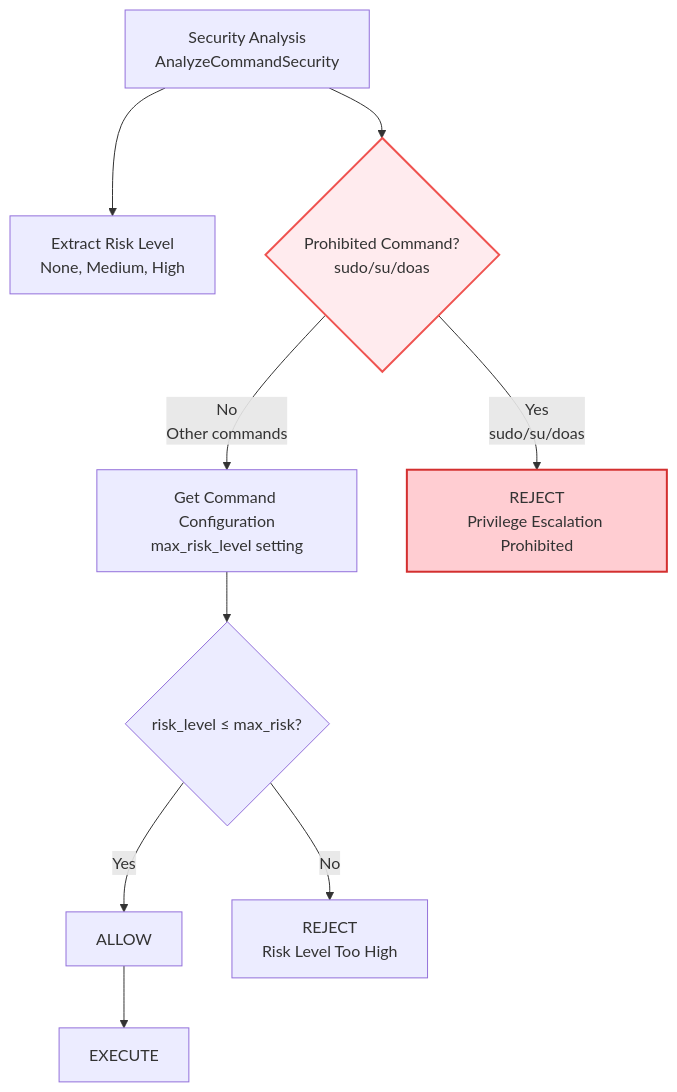
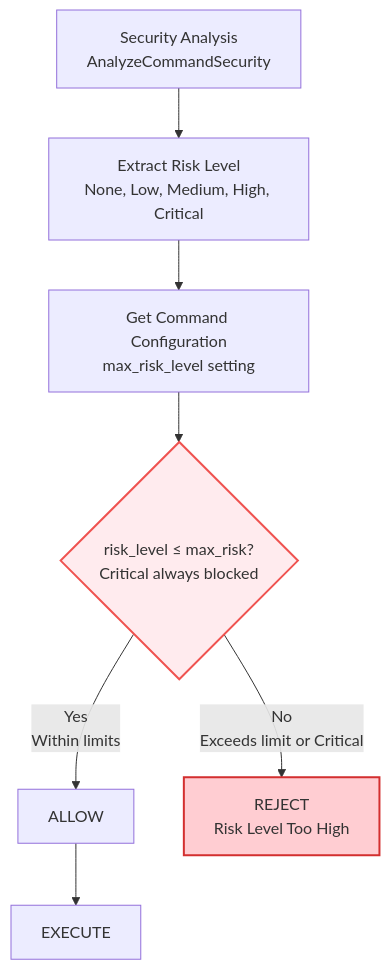
The third of 5 diagrams in docs/tasks/0018_risk_based_command_control/02_architecture.md (isseis/go-safe-cmd-runner), drawn with Mermaid before and after one commit. The commit also changed other lines of this file and 8 other files, not shown here.

First line of the commit message:
Implement unified risk-based command control approach

````diff
--- a/docs/tasks/0018_risk_based_command_control/02_architecture.md
+++ b/docs/tasks/0018_risk_based_command_control/02_architecture.md
@@ -123,24 +124,20 @@
 ```mermaid
 flowchart TD
     SecurityAnalysis[Security Analysis<br/>AnalyzeCommandSecurity]
-    ExtractRisk[Extract Risk Level<br/>None, Medium, High]
-    CheckProhibited{Prohibited Command?<br/>sudo/su/doas}
+    ExtractRisk[Extract Risk Level<br/>None, Low, Medium, High, Critical]
     GetConfig[Get Command Configuration<br/>max_risk_level setting]
-    RiskCheck{risk_level ≤ max_risk?}
+    RiskCheck{risk_level ≤ max_risk?<br/>Critical always blocked}
     Allow[ALLOW]
-    RejectProhibited[REJECT<br/>Privilege Escalation Prohibited]
     RejectRisk[REJECT<br/>Risk Level Too High]
     Execute[EXECUTE]
 
     SecurityAnalysis --> ExtractRisk
-    SecurityAnalysis --> CheckProhibited
-    CheckProhibited -->|Yes<br/>sudo/su/doas| RejectProhibited
-    CheckProhibited -->|No<br/>Other commands| GetConfig
+    ExtractRisk --> GetConfig
     GetConfig --> RiskCheck
-    RiskCheck -->|Yes| Allow
-    RiskCheck -->|No| RejectRisk
+    RiskCheck -->|Yes<br/>Within limits| Allow
+    RiskCheck -->|No<br/>Exceeds limit or Critical| RejectRisk
     Allow --> Execute
 
-    style CheckProhibited fill:#ffebee,stroke:#ef5350,stroke-width:2px
-    style RejectProhibited fill:#ffcdd2,stroke:#d32f2f,stroke-width:2px
+    style RiskCheck fill:#ffebee,stroke:#ef5350,stroke-width:2px
+    style RejectRisk fill:#ffcdd2,stroke:#d32f2f,stroke-width:2px
 ```
````
